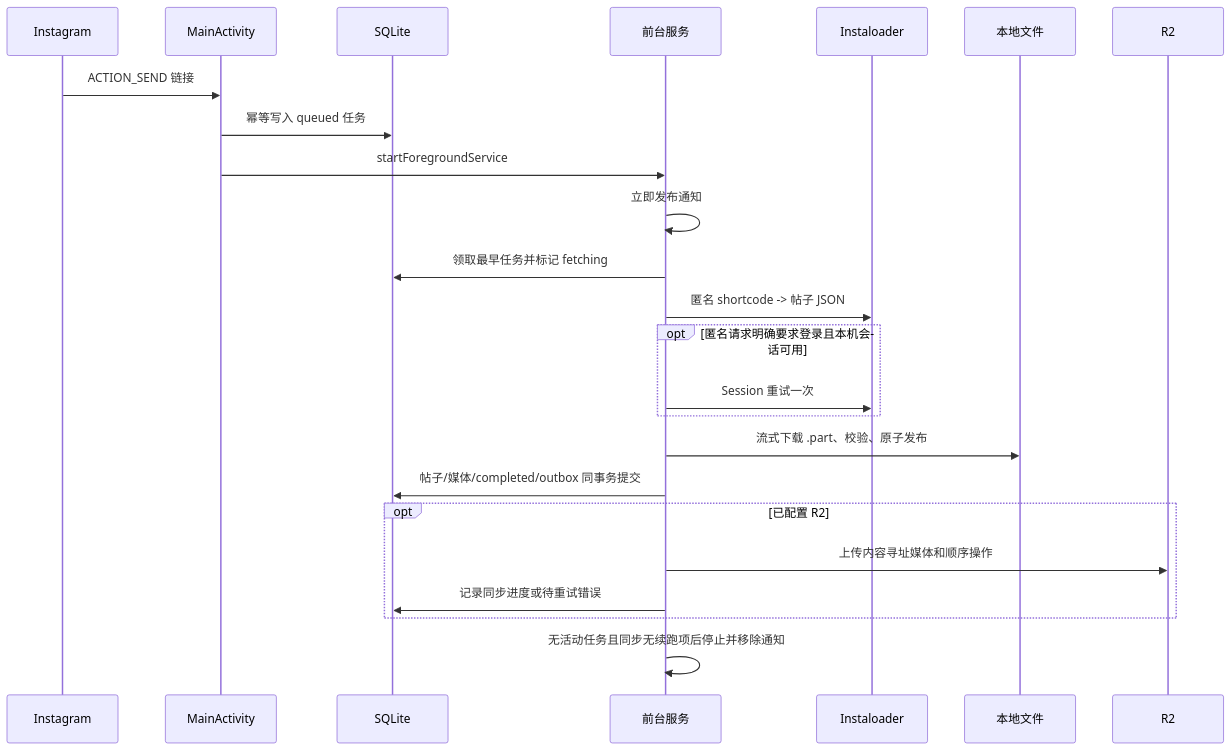
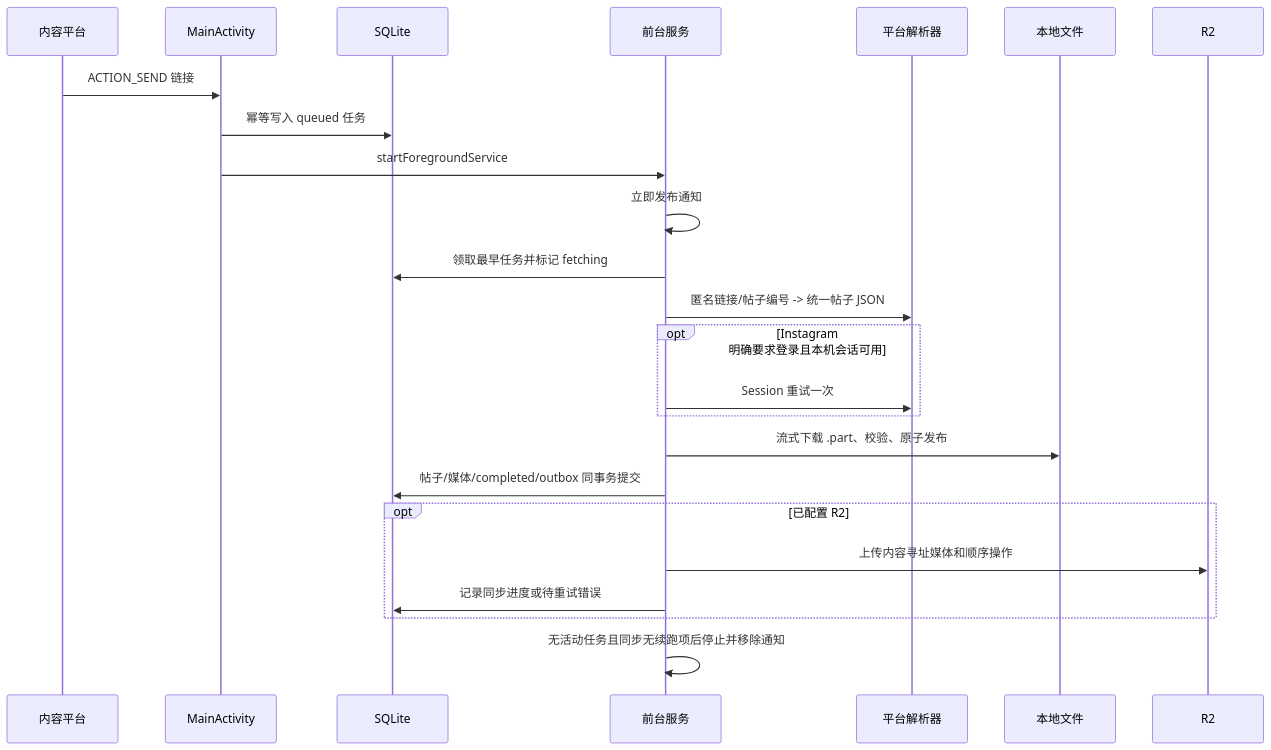
Before and after one commit to arsenalxj/PhotoBook: the second of 2 diagrams in docs/architecture-plan.md, drawn with Mermaid. The commit also changed other lines of this file and 47 other files, not shown here.

````diff
--- a/docs/architecture-plan.md
+++ b/docs/architecture-plan.md
@@ -53,27 +55,27 @@
 ```mermaid
 sequenceDiagram
-    participant I as Instagram
+    participant I as 内容平台
     participant A as MainActivity
     participant D as SQLite
     participant S as 前台服务
-    participant P as Instaloader
+    participant P as 平台解析器
     participant F as 本地文件
     participant R as R2
 
     I->>A: ACTION_SEND 链接
     A->>D: 幂等写入 queued 任务
     A->>S: startForegroundService
     S->>S: 立即发布通知
     S->>D: 领取最早任务并标记 fetching
-    S->>P: 匿名 shortcode -> 帖子 JSON
-    opt 匿名请求明确要求登录且本机会话可用
+    S->>P: 匿名链接/帖子编号 -> 统一帖子 JSON
+    opt Instagram 明确要求登录且本机会话可用
         S->>P: Session 重试一次
     end
     S->>F: 流式下载 .part、校验、原子发布
     S->>D: 帖子/媒体/completed/outbox 同事务提交
     opt 已配置 R2
         S->>R: 上传内容寻址媒体和顺序操作
         S->>D: 记录同步进度或待重试错误
     end
     S->>S: 无活动任务且同步无续跑项后停止并移除通知
 ```
````
